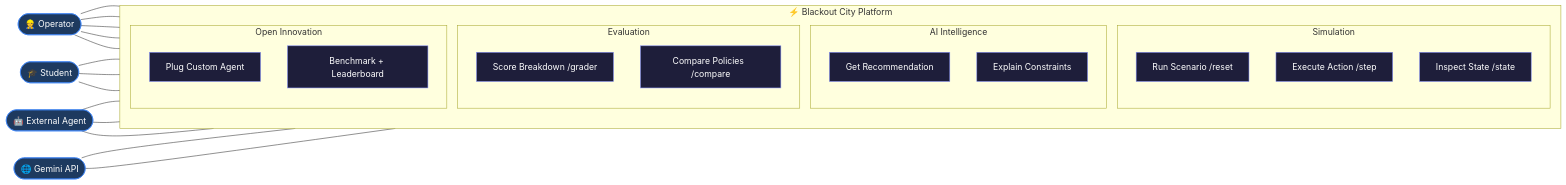
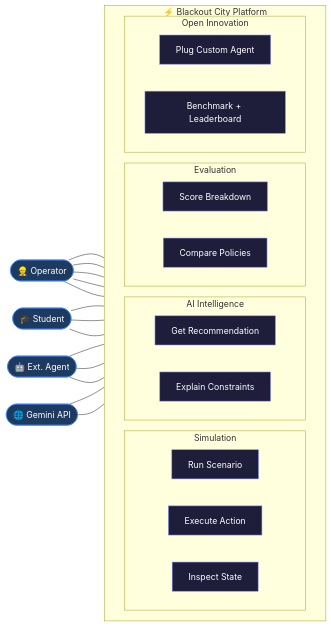
Before and after one commit to Ankitpatil944/blackout-city: the third of 5 diagrams in README.md, drawn with Mermaid. The commit also changed other lines of this file, not shown here.

First line of the commit message:
docs: make process flow and use-case diagrams horizontal

````diff
--- a/README.md
+++ b/README.md
@@ -199,36 +199,36 @@
 ```mermaid
 flowchart LR
     classDef actor fill:#1e3a5f,stroke:#3b82f6,color:#fff
     classDef uc    fill:#1e1e3a,stroke:#818cf8,color:#fff
 
     OP(["👷 Operator"]):::actor
     STU(["🎓 Student"]):::actor
-    EXT(["🤖 External Agent"]):::actor
+    EXT(["🤖 Ext. Agent"]):::actor
     GEM(["🌐 Gemini API"]):::actor
 
     subgraph SYS["  ⚡ Blackout City Platform  "]
-        direction TB
+        direction LR
         subgraph SIM["Simulation"]
-            UC1["Run Scenario  /reset"]:::uc
-            UC2["Execute Action  /step"]:::uc
-            UC3["Inspect State  /state"]:::uc
+            UC1["Run Scenario"]:::uc
+            UC2["Execute Action"]:::uc
+            UC3["Inspect State"]:::uc
         end
         subgraph AI["AI Intelligence"]
             UC4["Get Recommendation"]:::uc
             UC5["Explain Constraints"]:::uc
         end
         subgraph EVAL["Evaluation"]
-            UC6["Score Breakdown  /grader"]:::uc
-            UC7["Compare Policies  /compare"]:::uc
+            UC6["Score Breakdown"]:::uc
+            UC7["Compare Policies"]:::uc
         end
         subgraph OI["Open Innovation"]
             UC8["Plug Custom Agent"]:::uc
             UC9["Benchmark + Leaderboard"]:::uc
         end
     end
 
     OP --- UC1 & UC2 & UC3 & UC4 & UC6
     STU --- UC1 & UC7 & UC9
     EXT --- UC8 & UC2 & UC9
     GEM --- UC4 & UC5
 ```
````
